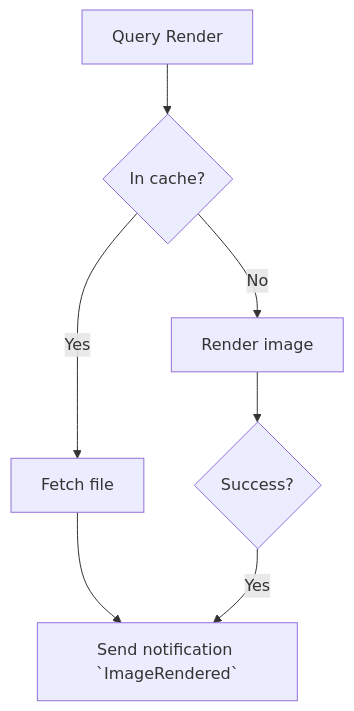
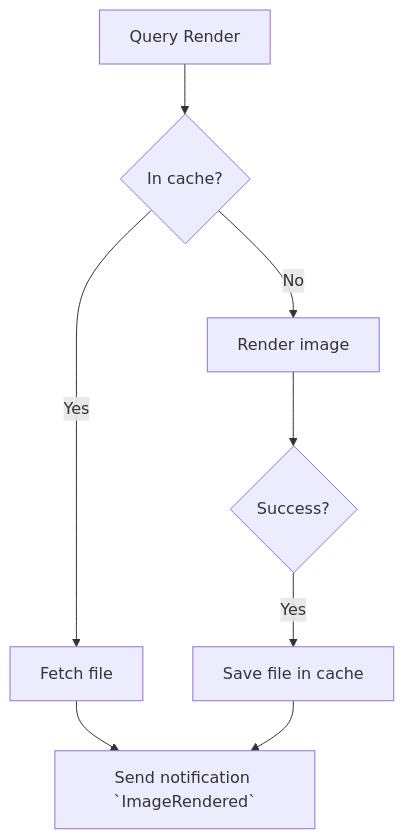
Before and after one commit to GNOME/niepce: the second of 2 diagrams in doc/previewer.md, drawn with Mermaid. The commit also changed other lines of this file and 8 other files, not shown here.

````diff
--- a/doc/previewer.md
+++ b/doc/previewer.md
@@ -95,9 +95,10 @@
 ```mermaid
 flowchart TD
     A[Query Render] --> B{In cache?}
     B -- Yes -->  C[Fetch file]
     C --> G[Send notification `ImageRendered`]
     B -- No --> E[Render image]
     E --> E2{Success?}
-    E2 -- Yes --> G
+    E2 -- Yes --> D[Save file in cache]
+    D --> G
 ```
````
